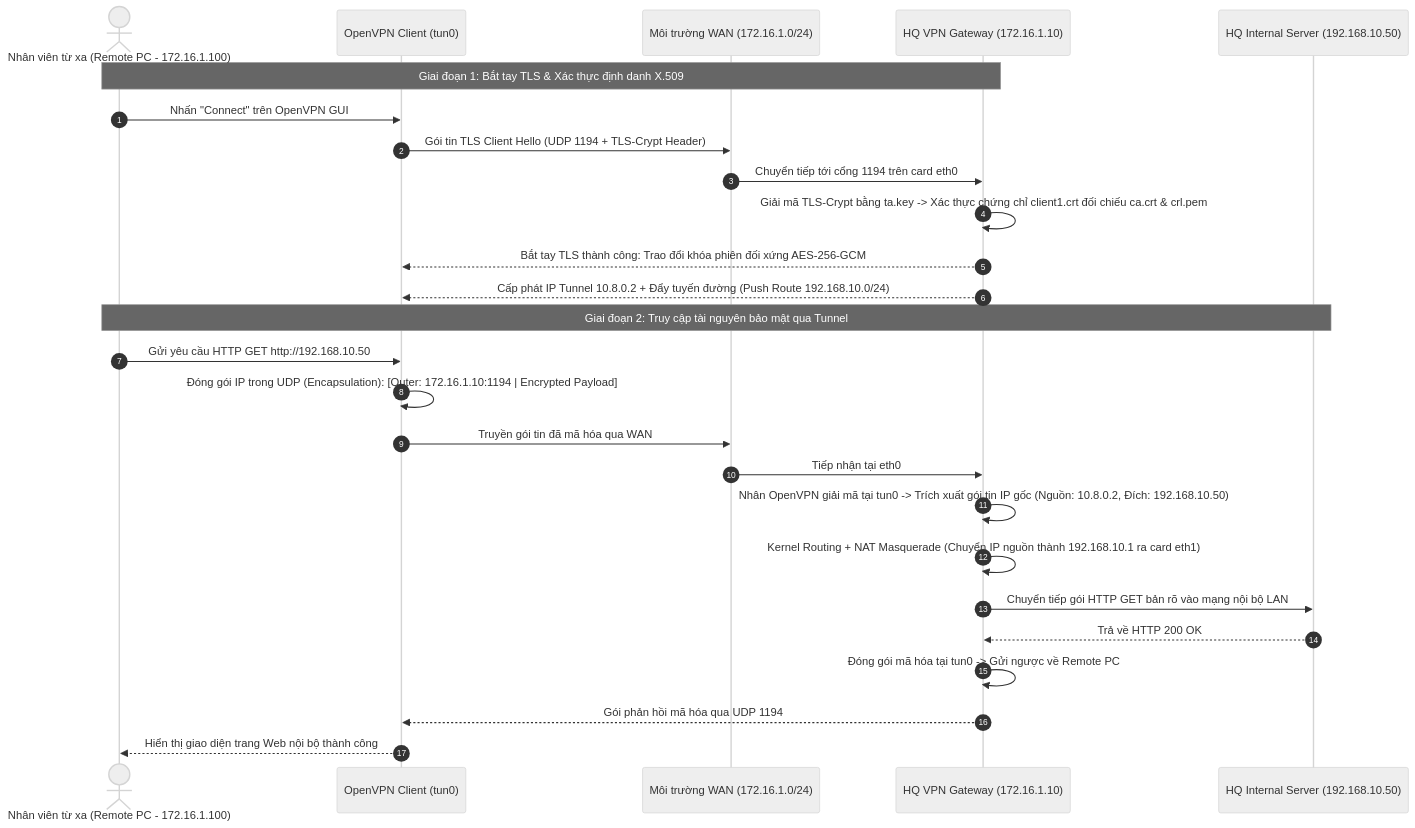
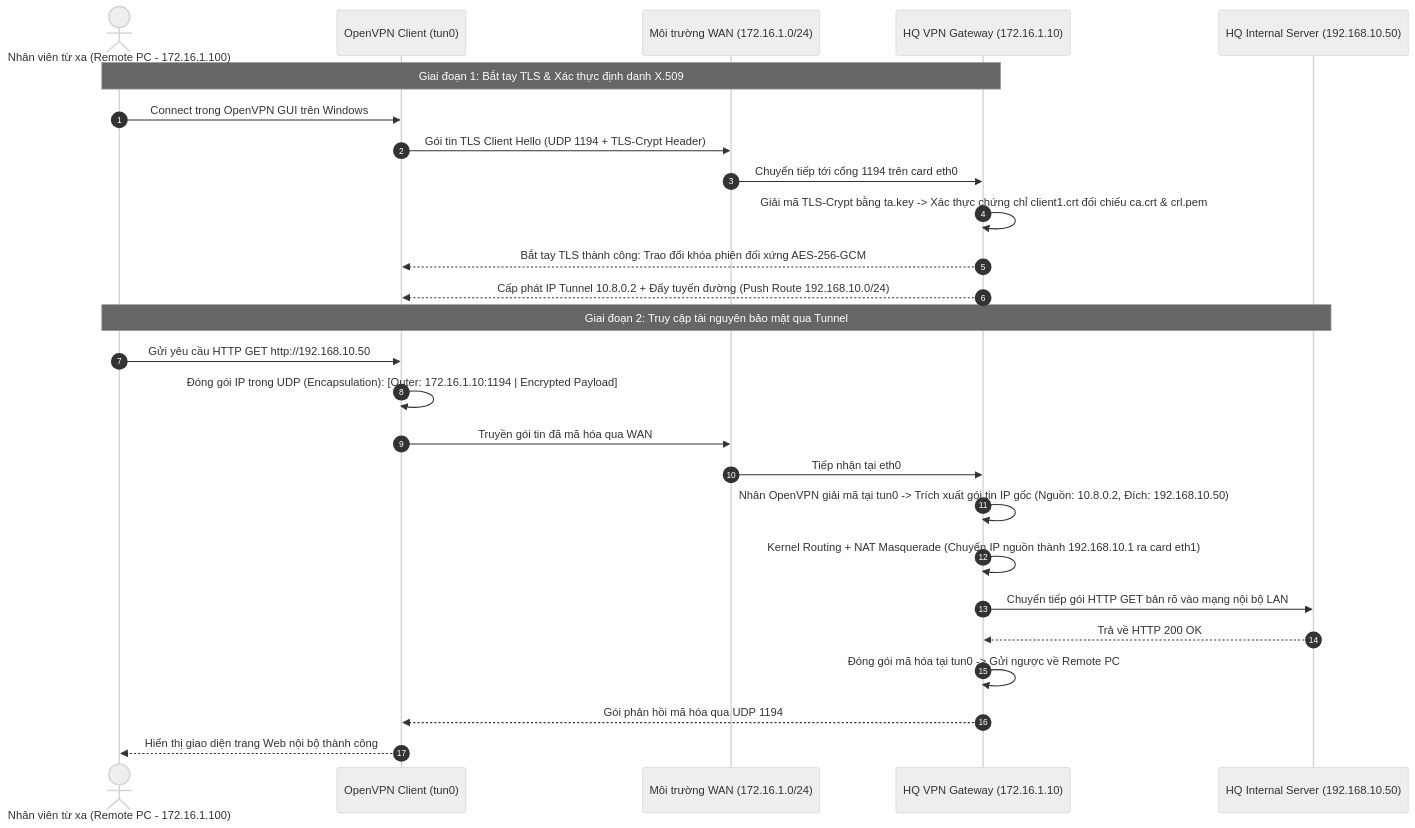
The diagram in docs/technical-guides/04-client-to-site-guide.md (Sleepy2608/VPN-Site-to-Site-and-Client-to-Site-Implementation), drawn with Mermaid (neutral theme) before and after one commit. The commit also changed other lines of this file and 106 other files, not shown here.

````diff
--- a/docs/technical-guides/04-client-to-site-guide.md
+++ b/docs/technical-guides/04-client-to-site-guide.md
@@ -13,30 +15,30 @@
 ```mermaid
 sequenceDiagram
     autonumber
     actor User as Nhân viên từ xa (Remote PC - 172.16.1.100)
     participant OVPN_CLI as OpenVPN Client (tun0)
     participant WAN as Môi trường WAN (172.16.1.0/24)
     participant HQ_GW as HQ VPN Gateway (172.16.1.10)
     participant HQ_SRV as HQ Internal Server (192.168.10.50)
 
     Note over User,HQ_GW: Giai đoạn 1: Bắt tay TLS & Xác thực định danh X.509
-    User->>OVPN_CLI: Nhấn "Connect" trên OpenVPN GUI
+    User->>OVPN_CLI: Connect trong OpenVPN GUI trên Windows
     OVPN_CLI->>WAN: Gói tin TLS Client Hello (UDP 1194 + TLS-Crypt Header)
     WAN->>HQ_GW: Chuyển tiếp tới cổng 1194 trên card eth0
     HQ_GW->>HQ_GW: Giải mã TLS-Crypt bằng ta.key -> Xác thực chứng chỉ client1.crt đối chiếu ca.crt & crl.pem
     HQ_GW-->>OVPN_CLI: Bắt tay TLS thành công: Trao đổi khóa phiên đối xứng AES-256-GCM
     HQ_GW-->>OVPN_CLI: Cấp phát IP Tunnel 10.8.0.2 + Đẩy tuyến đường (Push Route 192.168.10.0/24)
 
     Note over User,HQ_SRV: Giai đoạn 2: Truy cập tài nguyên bảo mật qua Tunnel
     User->>OVPN_CLI: Gửi yêu cầu HTTP GET http://192.168.10.50
     OVPN_CLI->>OVPN_CLI: Đóng gói IP trong UDP (Encapsulation): [Outer: 172.16.1.10:1194 | Encrypted Payload]
     OVPN_CLI->>WAN: Truyền gói tin đã mã hóa qua WAN
     WAN->>HQ_GW: Tiếp nhận tại eth0
     HQ_GW->>HQ_GW: Nhân OpenVPN giải mã tại tun0 -> Trích xuất gói tin IP gốc (Nguồn: 10.8.0.2, Đích: 192.168.10.50)
     HQ_GW->>HQ_GW: Kernel Routing + NAT Masquerade (Chuyển IP nguồn thành 192.168.10.1 ra card eth1)
     HQ_GW->>HQ_SRV: Chuyển tiếp gói HTTP GET bản rõ vào mạng nội bộ LAN
     HQ_SRV-->>HQ_GW: Trả về HTTP 200 OK
     HQ_GW->>HQ_GW: Đóng gói mã hóa tại tun0 -> Gửi ngược về Remote PC
     HQ_GW-->>OVPN_CLI: Gói phản hồi mã hóa qua UDP 1194
     OVPN_CLI-->>User: Hiển thị giao diện trang Web nội bộ thành công
 ```
````
